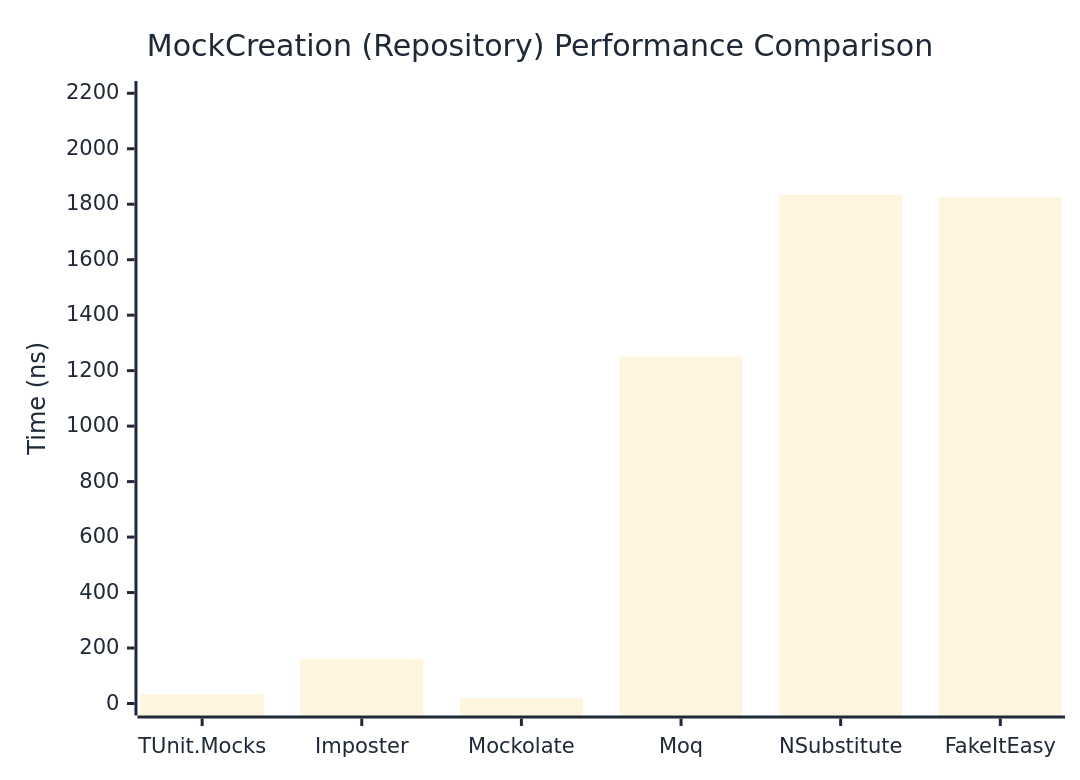
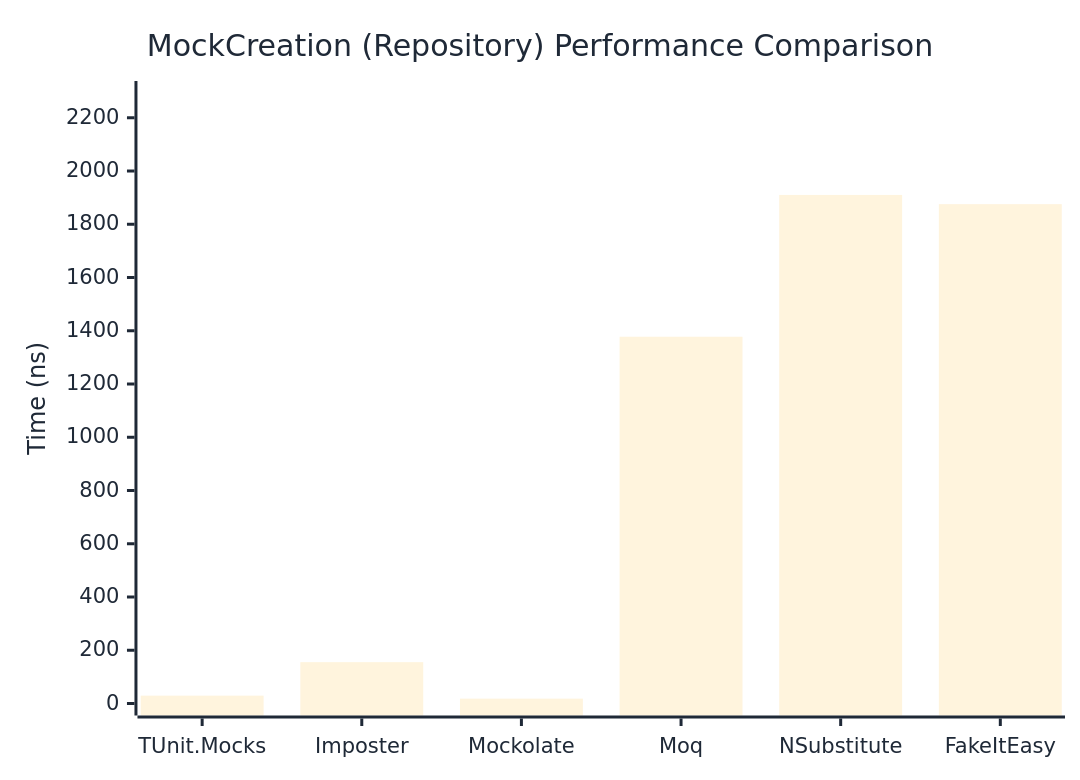
Before and after one commit to thomhurst/TUnit: the second of 2 diagrams in docs/docs/benchmarks/mocks/MockCreation.md, drawn with Mermaid. The commit also changed other lines of this file and 14 other files, not shown here.

````diff
--- a/docs/docs/benchmarks/mocks/MockCreation.md
+++ b/docs/docs/benchmarks/mocks/MockCreation.md
@@ -71,27 +71,27 @@
 ```mermaid
 %%{init: {
   'theme':'base',
   'themeVariables': {
     'primaryColor': '#2563eb',
     'primaryTextColor': '#1f2937',
     'primaryBorderColor': '#1e40af',
     'lineColor': '#6b7280',
     'secondaryColor': '#7c3aed',
     'tertiaryColor': '#dc2626',
     'background': '#ffffff',
     'pie1': '#2563eb',
     'pie2': '#7c3aed',
     'pie3': '#dc2626',
     'pie4': '#f59e0b',
     'pie5': '#10b981',
     'pie6': '#06b6d4',
     'pie7': '#ec4899',
     'pie8': '#6366f1'
   }
 }}%%
 xychart-beta
   title "MockCreation (Repository) Performance Comparison"
   x-axis ["TUnit.Mocks", "Imposter", "Mockolate", "Moq", "NSubstitute", "FakeItEasy"]
-  y-axis "Time (ns)" 0 --> 2201
-  bar [33.46, 159.79, 19.44, 1250.46, 1833.54, 1824.89]
+  y-axis "Time (ns)" 0 --> 2293
+  bar [29.48, 155.22, 18.27, 1377.57, 1910.17, 1875.47]
 ```
````
